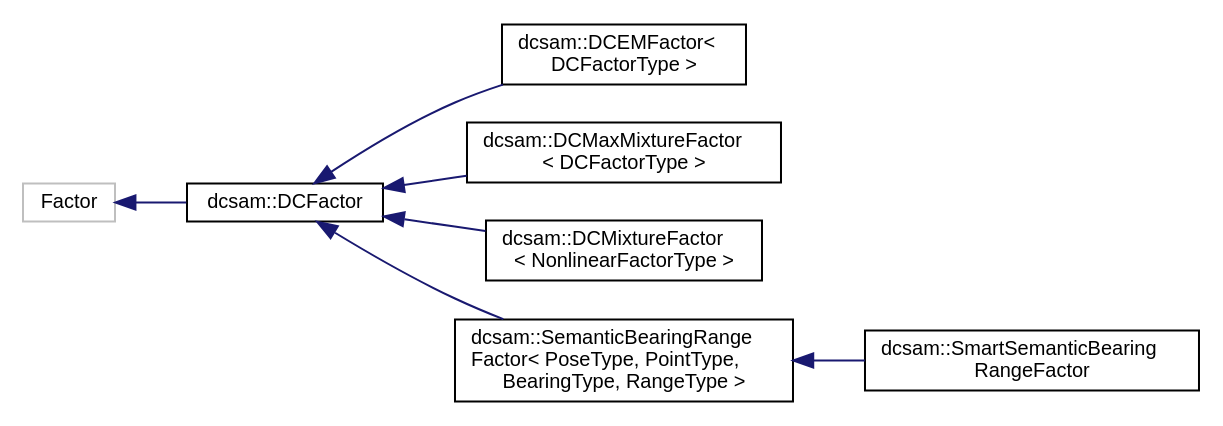
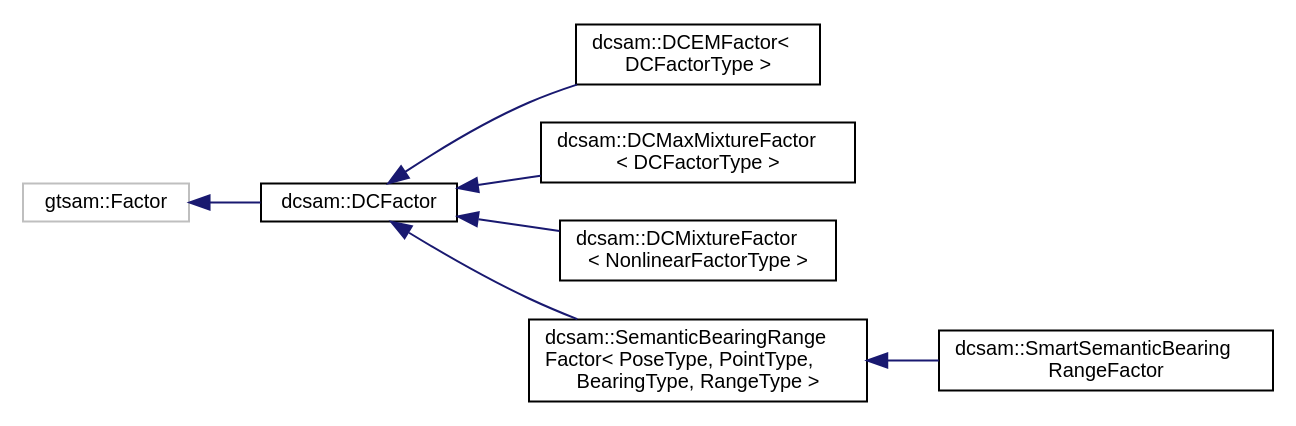
Before and after one commit to MarineRoboticsGroup/dcsam: the diagram in inherit_graph_2.dot, drawn with Graphviz. The commit also changed 230 other files, not shown here.

```diff
--- a/inherit_graph_2.dot
+++ b/inherit_graph_2.dot
@@ -1,20 +1,20 @@
 digraph "Graphical Class Hierarchy"
 {
  // LATEX_PDF_SIZE
   edge [fontname="Helvetica",fontsize="10",labelfontname="Helvetica",labelfontsize="10"];
   node [fontname="Helvetica",fontsize="10",shape=record];
   rankdir="LR";
-  Node6 [label="Factor",height=0.2,width=0.4,color="grey75", fillcolor="white", style="filled",tooltip=" "];
-  Node6 -> Node0 [dir="back",color="midnightblue",fontsize="10",style="solid",fontname="Helvetica"];
+  Node10 [label="gtsam::Factor",height=0.2,width=0.4,color="grey75", fillcolor="white", style="filled",tooltip=" "];
+  Node10 -> Node0 [dir="back",color="midnightblue",fontsize="10",style="solid",fontname="Helvetica"];
   Node0 [label="dcsam::DCFactor",height=0.2,width=0.4,color="black", fillcolor="white", style="filled",URL="$classdcsam_1_1_d_c_factor.html",tooltip="Abstract class implementing a discrete-continuous factor."];
   Node0 -> Node1 [dir="back",color="midnightblue",fontsize="10",style="solid",fontname="Helvetica"];
   Node1 [label="dcsam::DCEMFactor\<\l DCFactorType \>",height=0.2,width=0.4,color="black", fillcolor="white", style="filled",URL="$classdcsam_1_1_d_c_e_m_factor.html",tooltip="Implementation of a discrete-continuous EM factor."];
   Node0 -> Node2 [dir="back",color="midnightblue",fontsize="10",style="solid",fontname="Helvetica"];
   Node2 [label="dcsam::DCMaxMixtureFactor\l\< DCFactorType \>",height=0.2,width=0.4,color="black", fillcolor="white", style="filled",URL="$classdcsam_1_1_d_c_max_mixture_factor.html",tooltip="Implementation of a discrete-continuous max-mixture factor."];
   Node0 -> Node3 [dir="back",color="midnightblue",fontsize="10",style="solid",fontname="Helvetica"];
   Node3 [label="dcsam::DCMixtureFactor\l\< NonlinearFactorType \>",height=0.2,width=0.4,color="black", fillcolor="white", style="filled",URL="$classdcsam_1_1_d_c_mixture_factor.html",tooltip="Implementation of a discrete conditional mixture factor. Implements a joint discrete-continuous facto..."];
   Node0 -> Node4 [dir="back",color="midnightblue",fontsize="10",style="solid",fontname="Helvetica"];
   Node4 [label="dcsam::SemanticBearingRange\lFactor\< PoseType, PointType,\l BearingType, RangeType \>",height=0.2,width=0.4,color="black", fillcolor="white", style="filled",URL="$classdcsam_1_1_semantic_bearing_range_factor.html",tooltip="Factor that represents bearing and range measurements that incorporate a semantic class measurement."];
   Node4 -> Node5 [dir="back",color="midnightblue",fontsize="10",style="solid",fontname="Helvetica"];
   Node5 [label="dcsam::SmartSemanticBearing\lRangeFactor",height=0.2,width=0.4,color="black", fillcolor="white", style="filled",URL="$classdcsam_1_1_smart_semantic_bearing_range_factor.html",tooltip="Implementation of a \"smart\" updateable semantic bearing-range factor."];
 }
```
